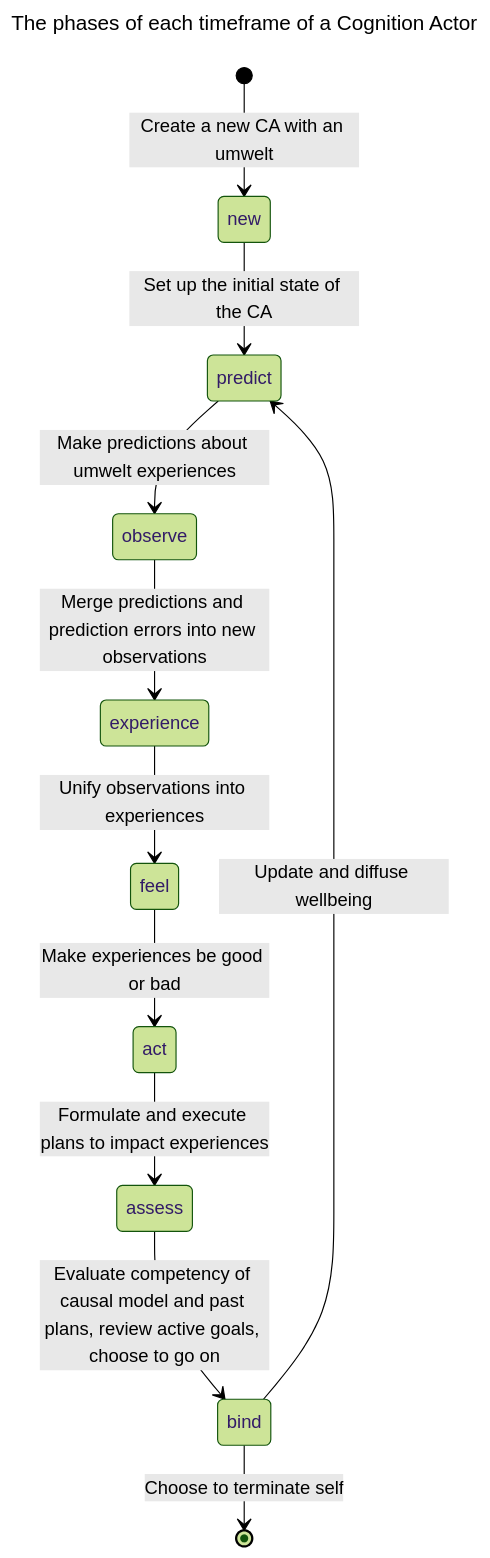
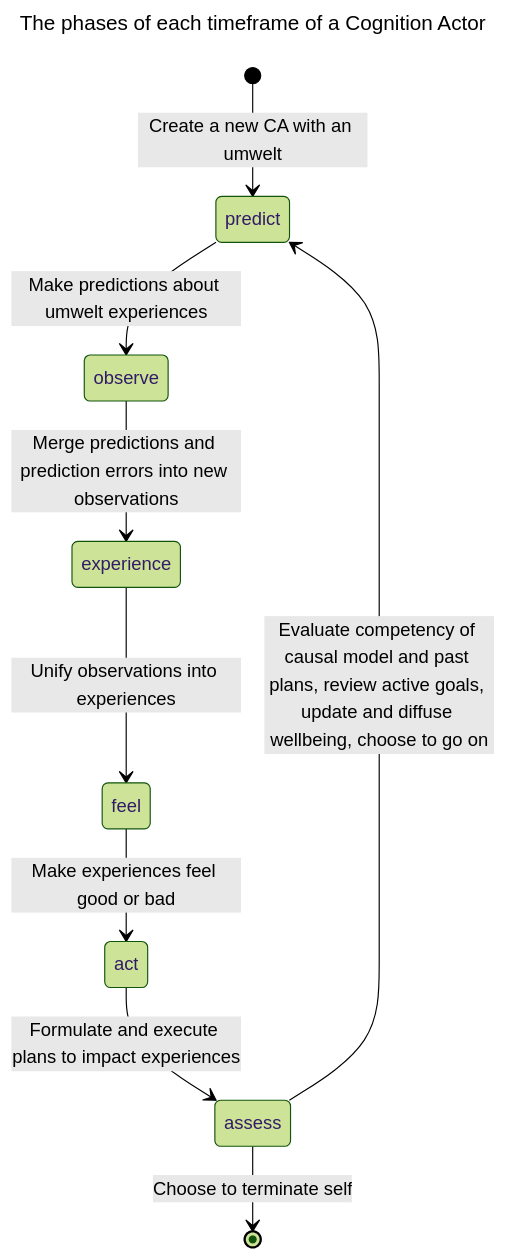
Before and after one commit to jfcloutier/karma_system: the diagram in design_notes/cognition_actors.md, drawn with Mermaid (forest theme). The commit also changed other lines of this file, not shown here.

Commit message:
Removed the `bind` lifecylce phase, collapsing into `assess`
Simplifying the OODA loop, at least in its composition, seemed worthwhile

````diff
--- a/design_notes/cognition_actors.md
+++ b/design_notes/cognition_actors.md
@@ -131,16 +130,14 @@
 ```mermaid
 ---
 title: The phases of each timeframe of a Cognition Actor
 ---
 stateDiagram-v2
-    [*] --> new: Create a new CA with an umwelt
-    new --> predict: Set up the initial state of the CA
+    [*] --> predict: Create a new CA with an umwelt
     predict --> observe: Make predictions about umwelt experiences
     observe --> experience: Merge predictions and prediction errors into new observations
     experience --> feel: Unify observations into experiences
-    feel --> act: Make experiences be good or bad
+    feel --> act: Make experiences feel good or bad
     act --> assess: Formulate and execute plans to impact experiences
-    assess --> bind: Evaluate competency of causal model and past plans, review active goals, choose to go on
-    bind --> predict: Update and diffuse wellbeing
-    bind --> [*]: Choose to terminate self
+    assess --> predict: Evaluate competency of causal model and past plans, review active goals, update and diffuse wellbeing, choose to go on
+    assess --> [*]: Choose to terminate self
 ```
````
